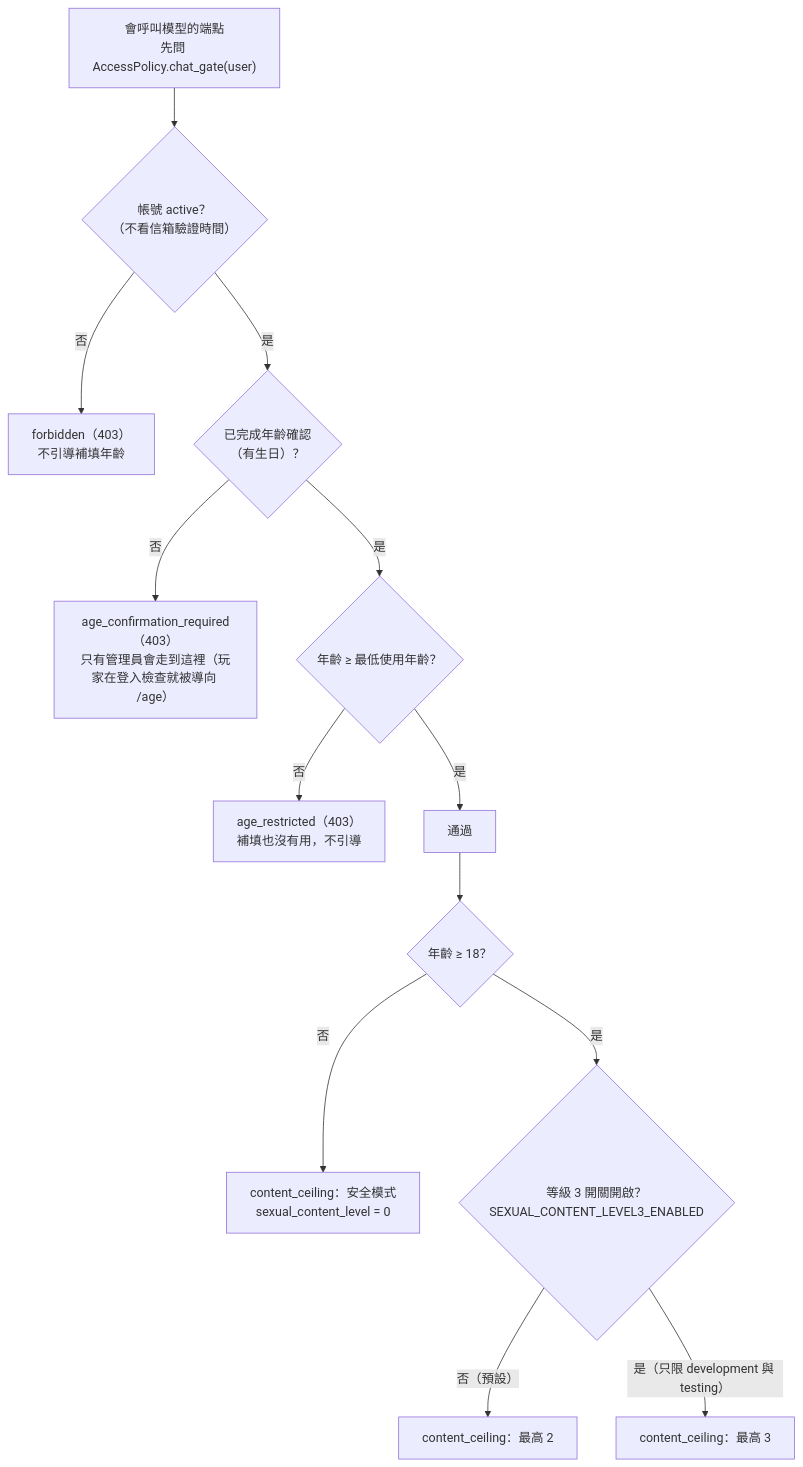
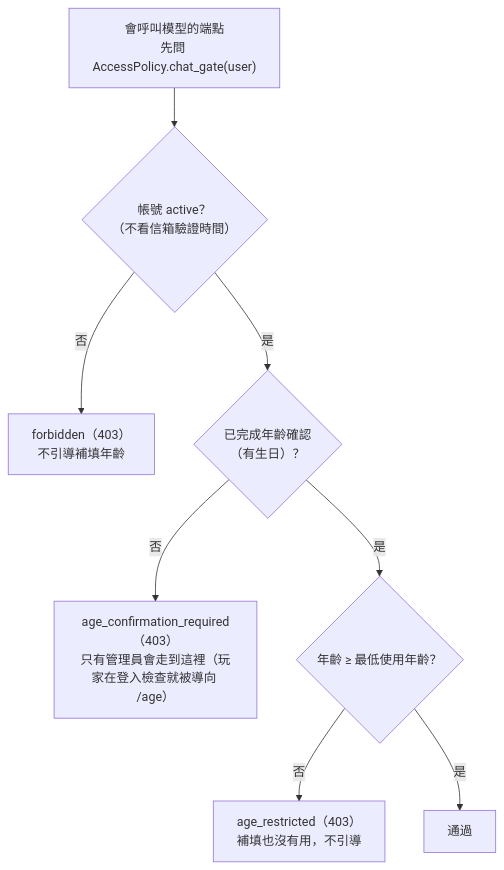
One commit to pp466pp466/R.A.C changed the fourth of 9 diagrams in docs/帳號與安全-auth-security.md. Above: the diagram before and after it, drawn with Mermaid. The commit also changed other lines of this file and 74 other files, not shown here.

````diff
--- a/docs/帳號與安全-auth-security.md
+++ b/docs/帳號與安全-auth-security.md
@@ -106,15 +106,10 @@
 ```mermaid
 flowchart TD
     Start["會呼叫模型的端點<br/>先問 AccessPolicy.chat_gate(user)"] --> Usable{"帳號 active？<br/>（不看信箱驗證時間）"}
     Usable -->|"否"| Forbidden["forbidden（403）<br/>不引導補填年齡"]
     Usable -->|"是"| HasAge{"已完成年齡確認<br/>（有生日）？"}
     HasAge -->|"否"| NeedAge["age_confirmation_required（403）<br/>只有管理員會走到這裡（玩家在登入檢查就被導向 /age）"]
     HasAge -->|"是"| Old{"年齡 ≥ 最低使用年齡？"}
     Old -->|"否"| Restricted["age_restricted（403）<br/>補填也沒有用，不引導"]
     Old -->|"是"| Pass["通過"]
-    Pass --> Ceiling{"年齡 ≥ 18？"}
-    Ceiling -->|"否"| Safe["content_ceiling：安全模式<br/>sexual_content_level = 0"]
-    Ceiling -->|"是"| Switch{"等級 3 開關開啟？<br/>SEXUAL_CONTENT_LEVEL3_ENABLED"}
-    Switch -->|"否（預設）"| Adult2["content_ceiling：最高 2"]
-    Switch -->|"是（只限 development 與 testing）"| Adult3["content_ceiling：最高 3"]
 ```
````
